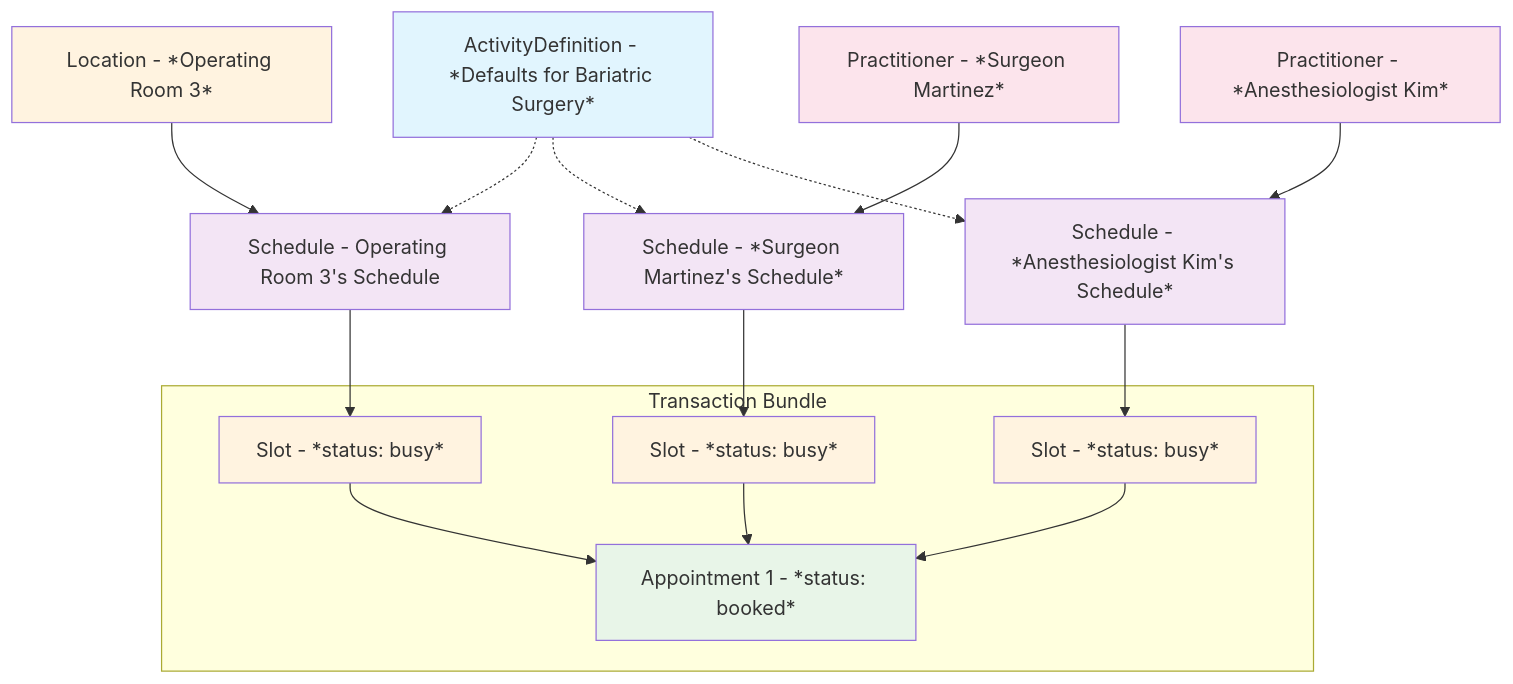
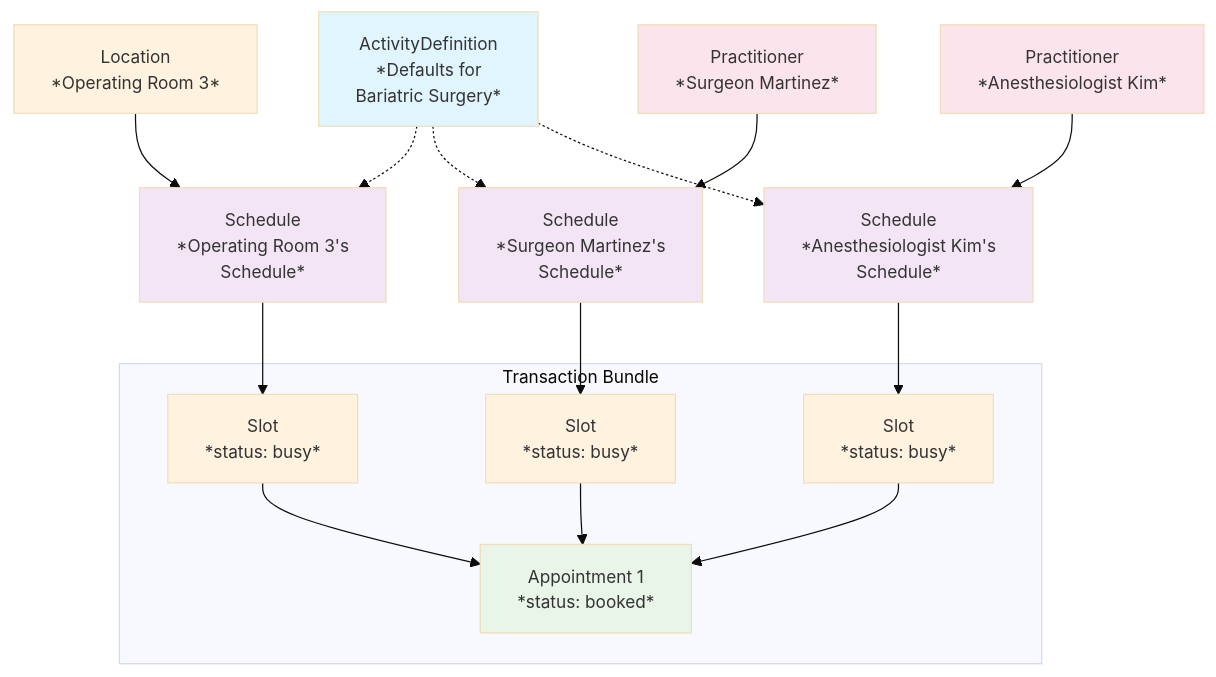
Before and after one commit to medplum/medplum: the fourth of 5 diagrams in packages/docs/docs/scheduling/defining-availability.md, drawn with Mermaid. The commit also changed other lines of this file, not shown here.

````diff
--- a/packages/docs/docs/scheduling/defining-availability.md
+++ b/packages/docs/docs/scheduling/defining-availability.md
@@ -811,32 +814,33 @@
 ```mermaid
+%%{init: {'theme':'base', 'themeVariables': {'fontSize':'14px'}, 'flowchart': {'useMaxWidth': false, 'htmlLabels': true}}}%%
 graph TD
-    A[ActivityDefinition - *Defaults for Bariatric Surgery*] -.-> B1[Schedule - Operating Room 3's Schedule]
-    A -.-> B2[Schedule - *Surgeon Martinez's Schedule*]
-    A -.-> B3[Schedule - *Anesthesiologist Kim's Schedule*]
+    A[ActivityDefinition<br/>*Defaults for<br/>Bariatric Surgery*] -.-> B1[Schedule<br/>*Operating Room 3's<br/>Schedule*]
+    A -.-> B2[Schedule<br/>*Surgeon Martinez's<br/>Schedule*]
+    A -.-> B3[Schedule<br/>*Anesthesiologist Kim's<br/>Schedule*]
     
-    C1[Location - *Operating Room 3*] --> B1
-    C2[Practitioner - *Surgeon Martinez*] --> B2
-    C3[Practitioner - *Anesthesiologist Kim*] --> B3
+    C1[Location<br/>*Operating Room 3*] --> B1
+    C2[Practitioner<br/>*Surgeon Martinez*] --> B2
+    C3[Practitioner<br/>*Anesthesiologist Kim*] --> B3
 
-    B1 --> D1[Slot - *status: busy*]
-    B2 --> D2[Slot - *status: busy*]
-    B3 --> D3[Slot - *status: busy*]
+    B1 --> D1[Slot<br/>*status: busy*]
+    B2 --> D2[Slot<br/>*status: busy*]
+    B3 --> D3[Slot<br/>*status: busy*]
     
     subgraph "Transaction Bundle"
-        D1 --> E1[Appointment 1 - *status: booked*]
+        D1 --> E1[Appointment 1<br/>*status: booked*]
         D2 --> E1
         D3 --> E1
     end
     
     style A fill:#e1f5fe
     style B1 fill:#f3e5f5
     style B2 fill:#f3e5f5
     style B3 fill:#f3e5f5
     style C1 fill:#fff3e0
     style C2 fill:#fce4ec
     style C3 fill:#fce4ec
     style D1 fill:#fff3e0
     style D2 fill:#fff3e0
     style D3 fill:#fff3e0
     style E1 fill:#e8f5e8
 ```
````
